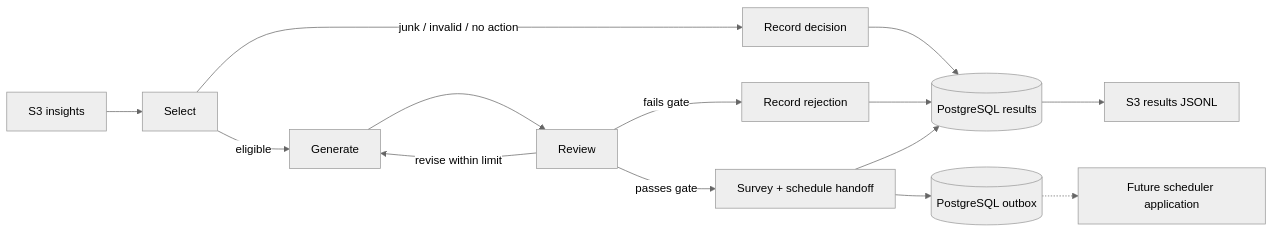
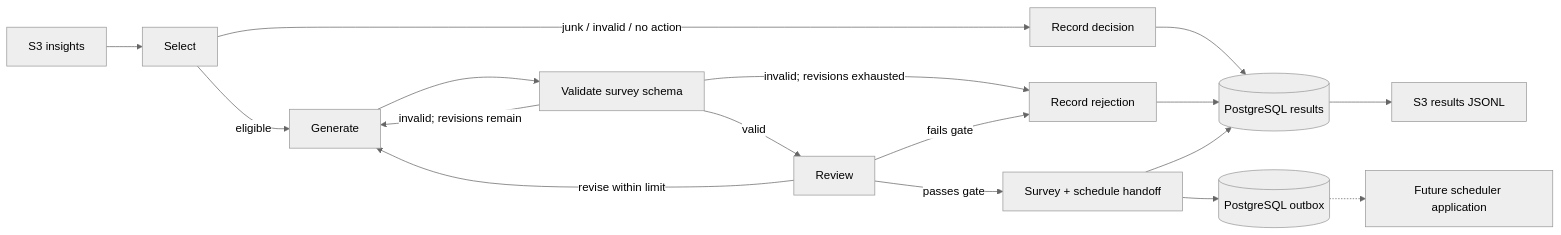
The diagram in README.md (AWS-DG37/AWS-breaking-barriers-DG37), drawn with Mermaid (neutral theme) before and after one commit. The commit also changed other lines of this file and 7 other files, not shown here.

````diff
--- a/README.md
+++ b/README.md
@@ -21,16 +27,19 @@
 ```mermaid
 flowchart LR
     S3[S3 insights] --> Select
     Select -->|eligible| Generate
     Select -->|junk / invalid / no action| Skip[Record decision]
-    Generate --> Review
+    Generate --> Schema[Validate survey schema]
+    Schema -->|valid| Review
+    Schema -->|invalid; revisions remain| Generate
+    Schema -->|invalid; revisions exhausted| Reject
     Review -->|revise within limit| Generate
     Review -->|fails gate| Reject[Record rejection]
     Review -->|passes gate| Accept[Survey + schedule handoff]
     Accept --> PG[(PostgreSQL outbox)]
     Skip --> Results[(PostgreSQL results)]
     Reject --> Results
     Accept --> Results
     Results --> Export[S3 results JSONL]
     PG -.-> Scheduler[Future scheduler application]
 ```
````
